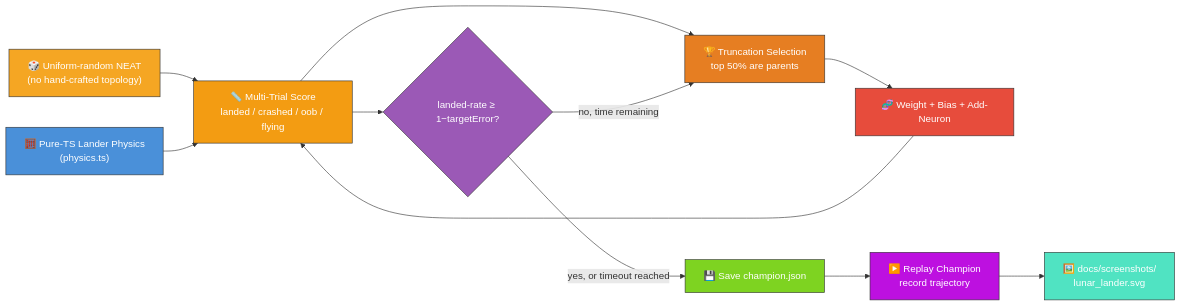
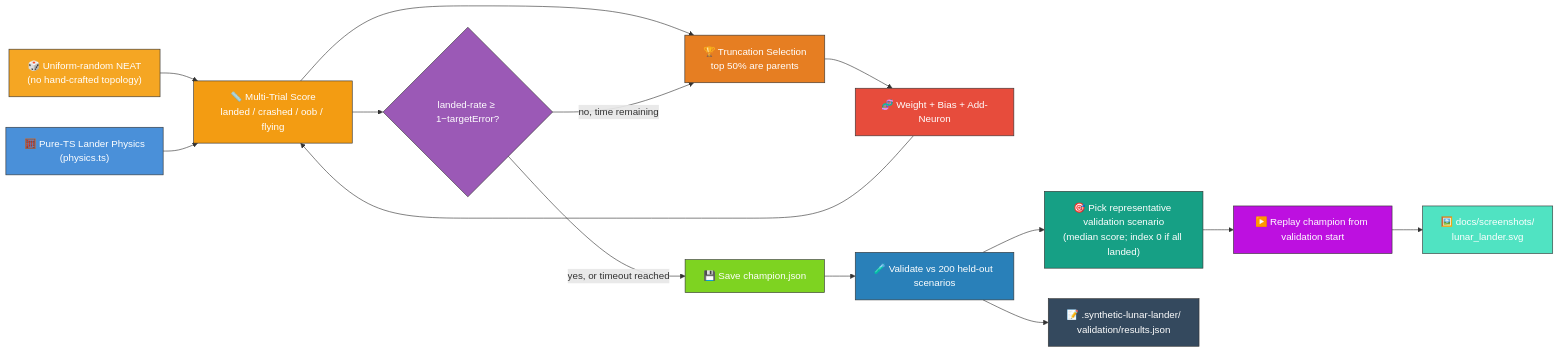
The first of 2 diagrams in lunar_lander/README.md (stSoftwareAU/NEAT-AI-Examples), drawn with Mermaid before and after one commit. The commit also changed other lines of this file and 4 other files, not shown here.

First line of the commit message:
lunar_lander: validate champion against held-out scenarios + render SVG from a validation run (#198)

````diff
--- a/lunar_lander/README.md
+++ b/lunar_lander/README.md
@@ -21,33 +21,42 @@
 ```mermaid
 flowchart LR
     PHYS["🧮 Pure-TS Lander Physics<br/>(physics.ts)"]
     INIT["🎲 Uniform-random NEAT<br/>(no hand-crafted topology)"]
     SCORE["📏 Multi-Trial Score<br/>landed / crashed / oob / flying"]
     SELECT["🏆 Truncation Selection<br/>top 50% are parents"]
     MUTATE["🧬 Weight + Bias + Add-Neuron"]
     SOLVED{"landed-rate ≥ 1−targetError?"}
     CHAMP["💾 Save champion.json"]
-    RUN["▶️ Replay Champion<br/>record trajectory"]
+    VALID["🧪 Validate vs 200 held-out scenarios"]
+    PICK["🎯 Pick representative validation scenario<br/>(median score; index 0 if all landed)"]
+    RUN["▶️ Replay champion from validation start"]
+    JSON["📝 .synthetic-lunar-lander/<br/>validation/results.json"]
     SVG["🖼️ docs/screenshots/<br/>lunar_lander.svg"]
 
     INIT --> SCORE
     PHYS --> SCORE
     SCORE --> SELECT
     SELECT --> MUTATE
     MUTATE --> SCORE
     SCORE --> SOLVED
     SOLVED -- "no, time remaining" --> SELECT
     SOLVED -- "yes, or timeout reached" --> CHAMP
-    CHAMP --> RUN
+    CHAMP --> VALID
+    VALID --> JSON
+    VALID --> PICK
+    PICK --> RUN
     RUN --> SVG
 
     style PHYS fill:#4a90d9,stroke:#333,color:#fff
     style INIT fill:#f5a623,stroke:#333,color:#fff
     style SCORE fill:#f39c12,stroke:#333,color:#fff
     style SELECT fill:#e67e22,stroke:#333,color:#fff
     style MUTATE fill:#e74c3c,stroke:#333,color:#fff
     style SOLVED fill:#9b59b6,stroke:#333,color:#fff
     style CHAMP fill:#7ed321,stroke:#333,color:#fff
+    style VALID fill:#2980b9,stroke:#333,color:#fff
+    style PICK fill:#16a085,stroke:#333,color:#fff
     style RUN fill:#bd10e0,stroke:#333,color:#fff
+    style JSON fill:#34495e,stroke:#333,color:#fff
     style SVG fill:#50e3c2,stroke:#333,color:#fff
 ```
````
